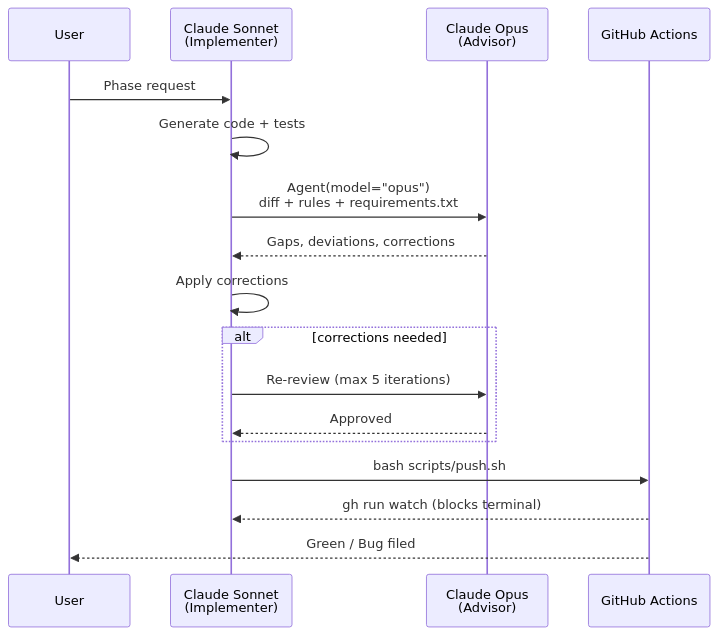
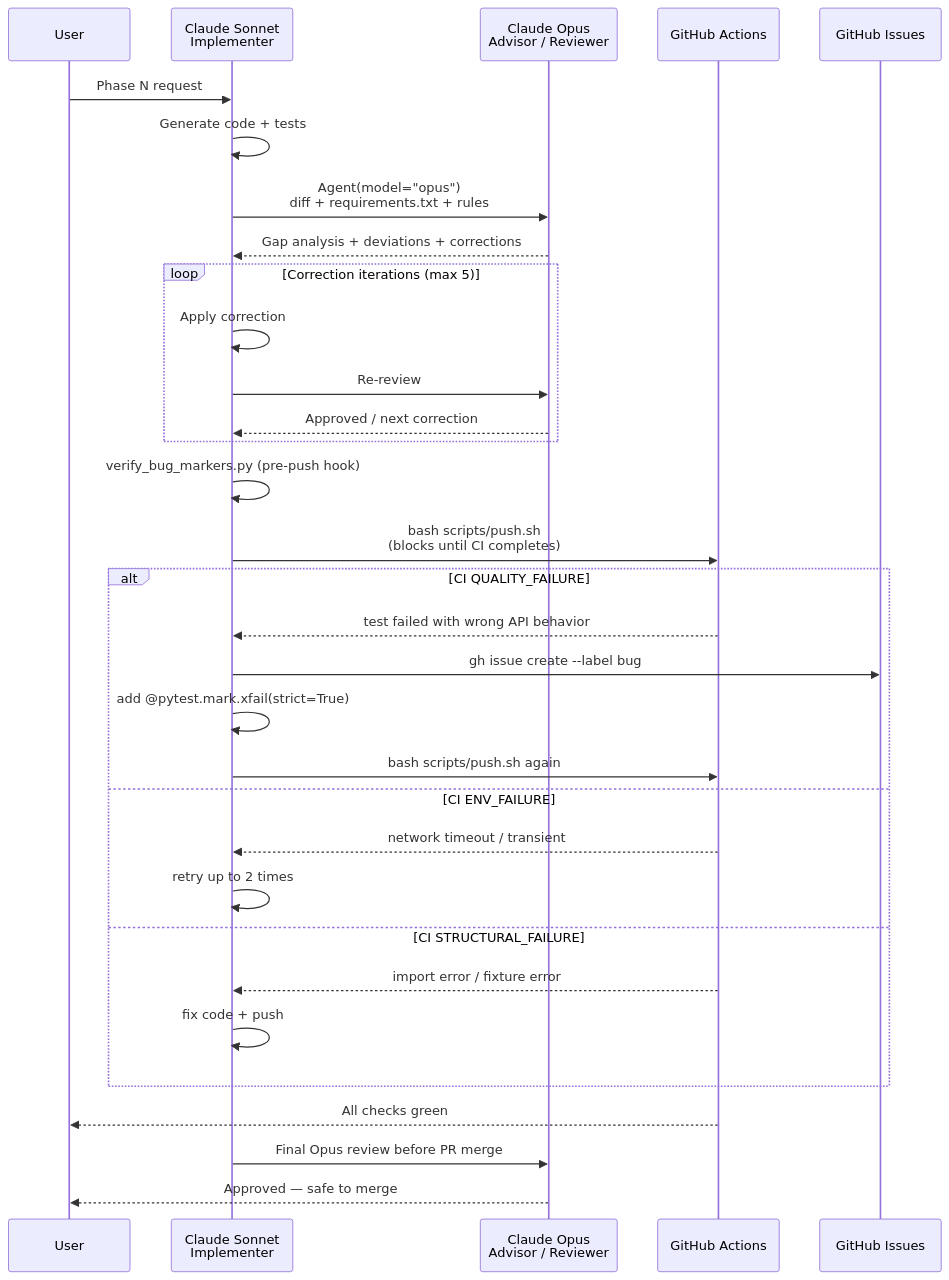
The third of 6 diagrams in README.md (sks-54/api-test-framework), drawn with Mermaid before and after one commit. The commit also changed other lines of this file and 2 other files, not shown here.

First line of the commit message:
docs: fix README factual errors flagged by Opus review + add LICENSE

````diff
--- a/README.md
+++ b/README.md
@@ -55,20 +158,39 @@
 ```mermaid
 sequenceDiagram
     participant U as User
-    participant S as Claude Sonnet<br/>(Implementer)
-    participant O as Claude Opus<br/>(Advisor)
+    participant S as Claude Sonnet<br/>Implementer
+    participant O as Claude Opus<br/>Advisor / Reviewer
     participant CI as GitHub Actions
+    participant GH as GitHub Issues
 
-    U->>S: Phase request
+    U->>S: Phase N request
     S->>S: Generate code + tests
-    S->>O: Agent(model="opus")<br/>diff + rules + requirements.txt
-    O-->>S: Gaps, deviations, corrections
-    S->>S: Apply corrections
-    alt corrections needed
-        S->>O: Re-review (max 5 iterations)
-        O-->>S: Approved
+    S->>O: Agent(model="opus")<br/>diff + requirements.txt + rules
+    O-->>S: Gap analysis + deviations + corrections
+
+    loop Correction iterations (max 5)
+        S->>S: Apply correction
+        S->>O: Re-review
+        O-->>S: Approved / next correction
     end
-    S->>CI: bash scripts/push.sh
-    CI-->>S: gh run watch (blocks terminal)
-    CI-->>U: Green / Bug filed
+
+    S->>S: verify_bug_markers.py (pre-push hook)
+    S->>CI: bash scripts/push.sh<br/>(blocks until CI completes)
+
+    alt CI QUALITY_FAILURE
+        CI-->>S: test failed with wrong API behavior
+        S->>GH: gh issue create --label bug
+        S->>S: add @pytest.mark.xfail(strict=True)
+        S->>CI: bash scripts/push.sh again
+    else CI ENV_FAILURE
+        CI-->>S: network timeout / transient
+        S->>S: retry up to 2 times
+    else CI STRUCTURAL_FAILURE
+        CI-->>S: import error / fixture error
+        S->>S: fix code + push
+    end
+
+    CI-->>U: All checks green
+    S->>O: Final Opus review before PR merge
+    O-->>U: Approved — safe to merge
 ```
````
